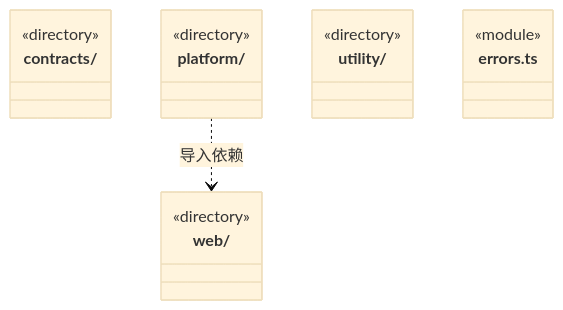
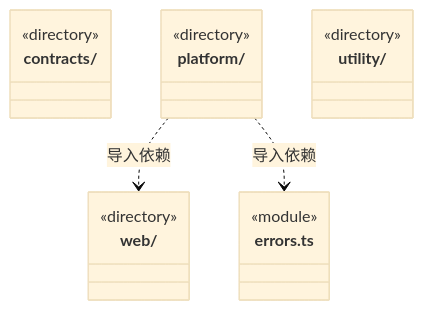
Before and after one commit to nan023062/cbim: the first of 2 diagrams in src/core/ARCHITECTURE.md, drawn with Mermaid (base theme). The commit also changed other lines of this file and 74 other files, not shown here.

````diff
--- a/src/core/ARCHITECTURE.md
+++ b/src/core/ARCHITECTURE.md
@@ -17,19 +17,20 @@
 ```mermaid
 classDiagram
 class N_src_core_contracts["contracts/"] {
   <<directory>>
 }
 class N_src_core_platform["platform/"] {
   <<directory>>
 }
 class N_src_core_utility["utility/"] {
   <<directory>>
 }
 class N_src_core_web["web/"] {
   <<directory>>
 }
 class N_src_core_errors_ts["errors.ts"] {
   <<module>>
 }
 N_src_core_platform ..> N_src_core_web : 导入依赖
+N_src_core_platform ..> N_src_core_errors_ts : 导入依赖
 ```
````
